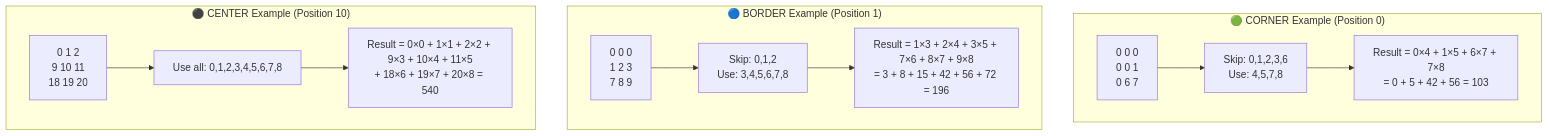
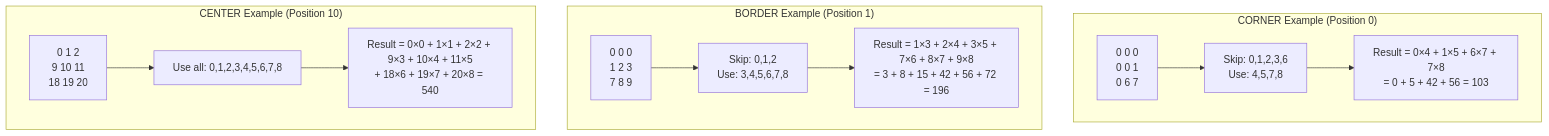
The seventh of 12 diagrams in src/tensor/README.md (jalcim/logilib), drawn with Mermaid before and after one commit. The commit also changed other lines of this file and 1 other file, not shown here.

Commit message:
mermaid again

````diff
--- a/src/tensor/README.md
+++ b/src/tensor/README.md
@@ -119,15 +119,15 @@
 ```mermaid
 graph TD
-    subgraph "🟢 CORNER Example (Position 0)"
+    subgraph "CORNER Example (Position 0)"
         A1[0 0 0<br/>0 0 1<br/>0 6 7] --> B1[Skip: 0,1,2,3,6<br/>Use: 4,5,7,8] --> C1[Result = 0×4 + 1×5 + 6×7 + 7×8<br/>= 0 + 5 + 42 + 56 = 103]
     end
 
-    subgraph "🔵 BORDER Example (Position 1)"
+    subgraph "BORDER Example (Position 1)"
         A2[0 0 0<br/>1 2 3<br/>7 8 9] --> B2[Skip: 0,1,2<br/>Use: 3,4,5,6,7,8] --> C2[Result = 1×3 + 2×4 + 3×5 + 7×6 + 8×7 + 9×8<br/>= 3 + 8 + 15 + 42 + 56 + 72 = 196]
     end
 
-    subgraph "⚫ CENTER Example (Position 10)"
+    subgraph "CENTER Example (Position 10)"
         A3[0 1 2<br/>9 10 11<br/>18 19 20] --> B3[Use all: 0,1,2,3,4,5,6,7,8] --> C3[Result = 0×0 + 1×1 + 2×2 + 9×3 + 10×4 + 11×5<br/>+ 18×6 + 19×7 + 20×8 = 540]
     end
 
 ```
````
